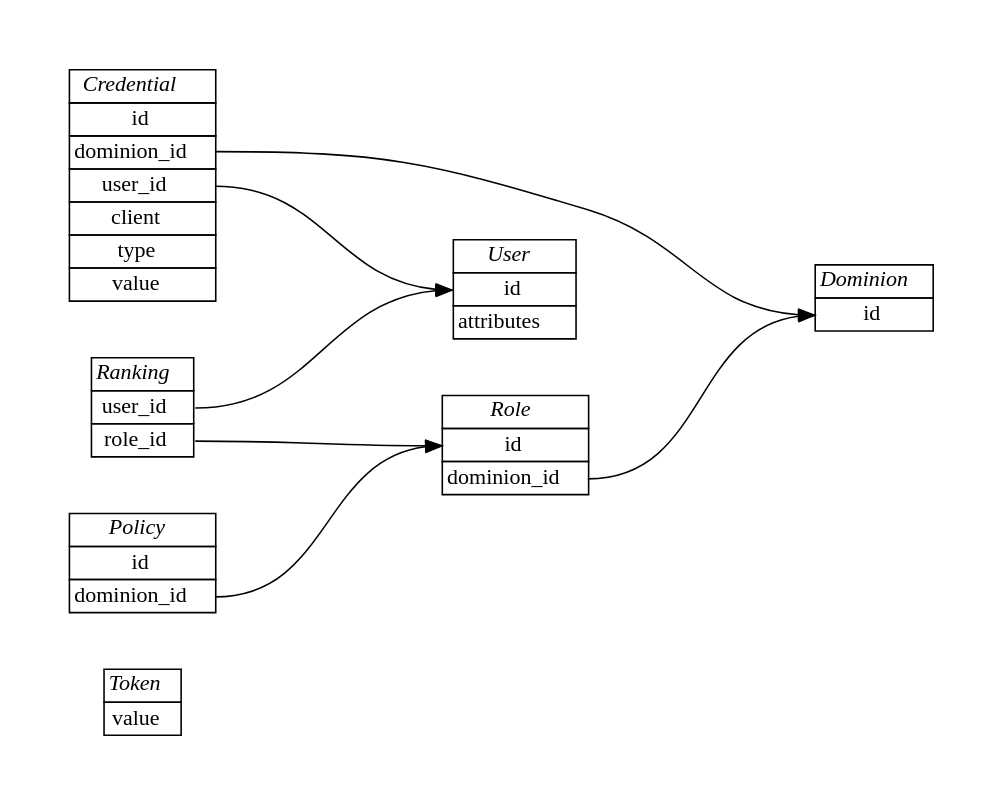
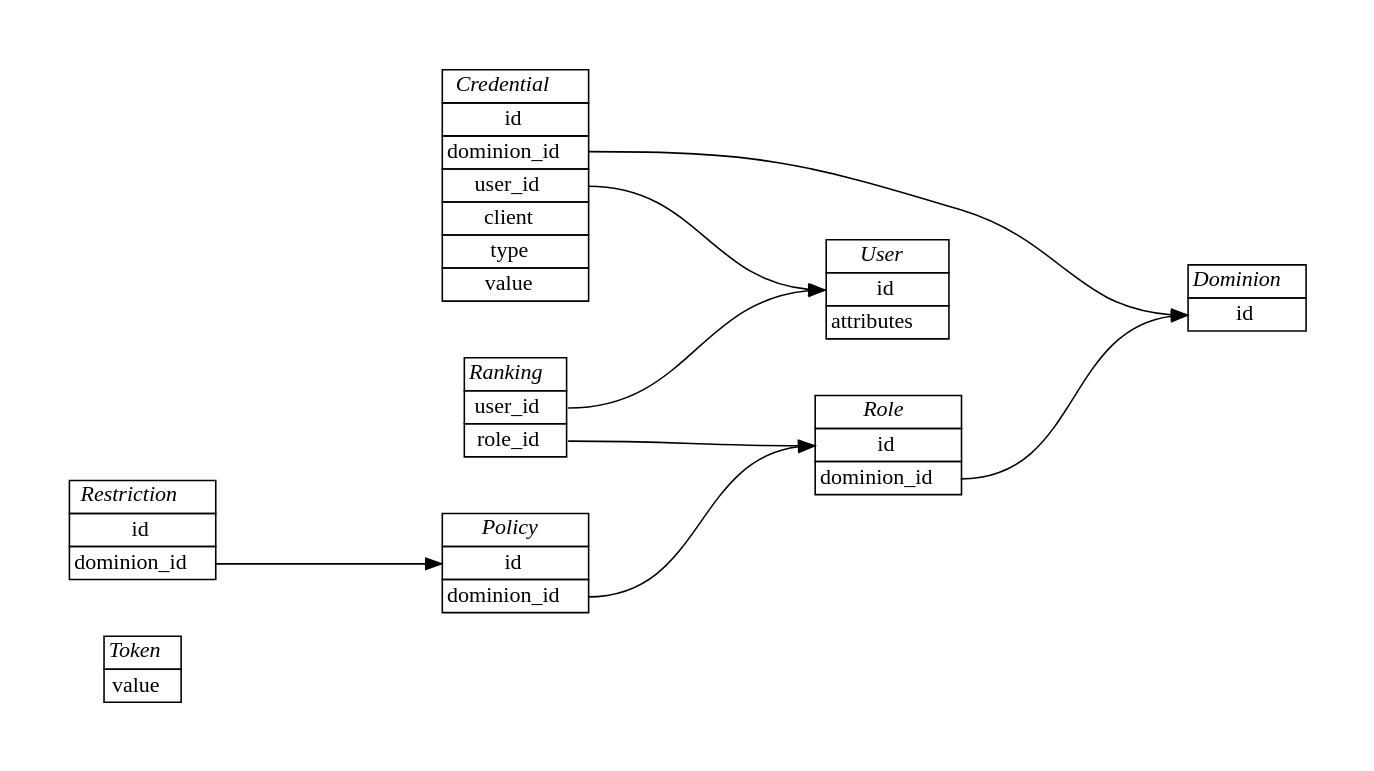
Before and after one commit to knowark/authark: the diagram in docs/architecture/domain.rst, drawn with Graphviz. The commit also changed other lines of this file and 2 other files, not shown here.

Commit message:
Document restrictions

```diff
--- a/docs/architecture/domain.rst
+++ b/docs/architecture/domain.rst
@@ -9,65 +9,73 @@
 .. graphviz::
 
    digraph {
     graph [pad="0.5", nodesep="0.5", ranksep="2"];
     node [shape=plain]
     rankdir=LR;
 
     Token [label=<
     <table border="0" cellborder="1" cellspacing="0">
     <tr><td><i>Token</i></td></tr>
     <tr><td port="value">value</td></tr>
     </table>>];
 
     User [label=<
     <table border="0" cellborder="1" cellspacing="0">
     <tr><td><i>User</i></td></tr>
     <tr><td port="id">id</td></tr>
     <tr><td port="attributes">attributes</td></tr>
     </table>>];
 
     Ranking [label=<
     <table border="0" cellborder="1" cellspacing="0">
     <tr><td><i>Ranking</i></td></tr>
     <tr><td port="user_id">user_id</td></tr>
     <tr><td port="role_id">role_id</td></tr>
     </table>>];
 
     Credential [label=<
     <table border="0" cellborder="1" cellspacing="0">
     <tr><td><i>Credential</i></td></tr>
     <tr><td port="id">id</td></tr>
     <tr><td port="dominion_id">dominion_id</td></tr>
     <tr><td port="user_id">user_id</td></tr>
     <tr><td port="client">client</td></tr>
     <tr><td port="type">type</td></tr>
     <tr><td port="value">value</td></tr>
     </table>>];
 
     Role [label=<
     <table border="0" cellborder="1" cellspacing="0">
     <tr><td><i>Role</i></td></tr>
     <tr><td port="id">id</td></tr>
     <tr><td port="dominion_id">dominion_id</td></tr>
     </table>>];
 
     Dominion [label=<
     <table border="0" cellborder="1" cellspacing="0">
     <tr><td><i>Dominion</i></td></tr>
     <tr><td port="id">id</td></tr>
     </table>>];
 
     Policy [label=<
     <table border="0" cellborder="1" cellspacing="0">
     <tr><td><i>Policy</i></td></tr>
     <tr><td port="id">id</td></tr>
     <tr><td port="role_id">dominion_id</td></tr>
     </table>>];
 
+    Restriction [label=<
+    <table border="0" cellborder="1" cellspacing="0">
+    <tr><td><i>Restriction</i></td></tr>
+    <tr><td port="id">id</td></tr>
+    <tr><td port="policy_id">dominion_id</td></tr>
+    </table>>];
+
     Ranking:user_id -> User:id;
     Ranking:role_id -> Role:id;
     Credential:dominion_id ->  Dominion:id;
     Credential:user_id -> User:id;
     Role:dominion_id -> Dominion:id;
     Policy:role_id ->  Role:id;
+    Restriction:policy_id -> Policy:id;
     }
```
